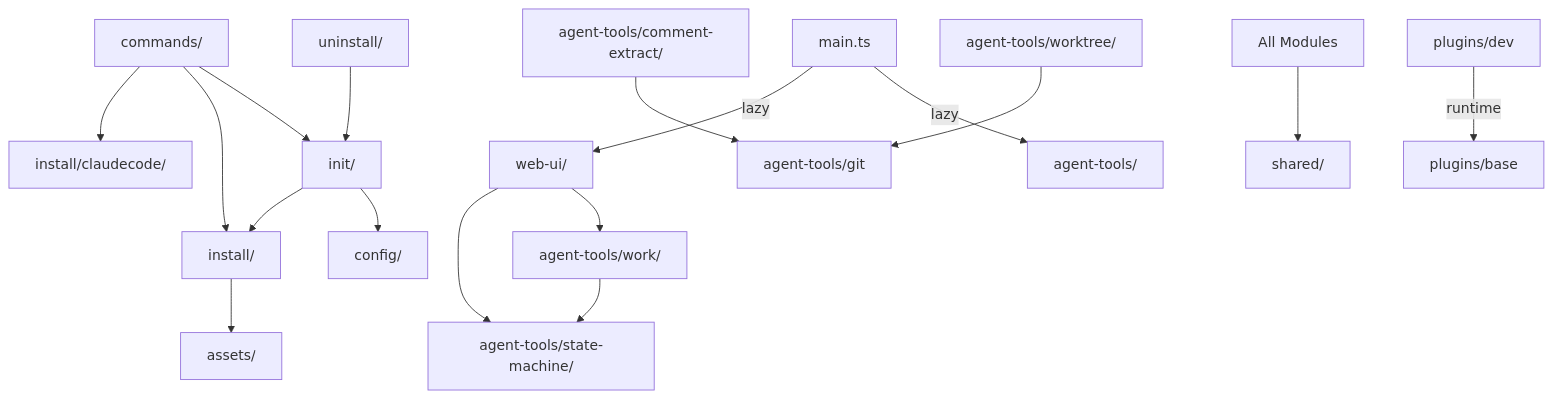
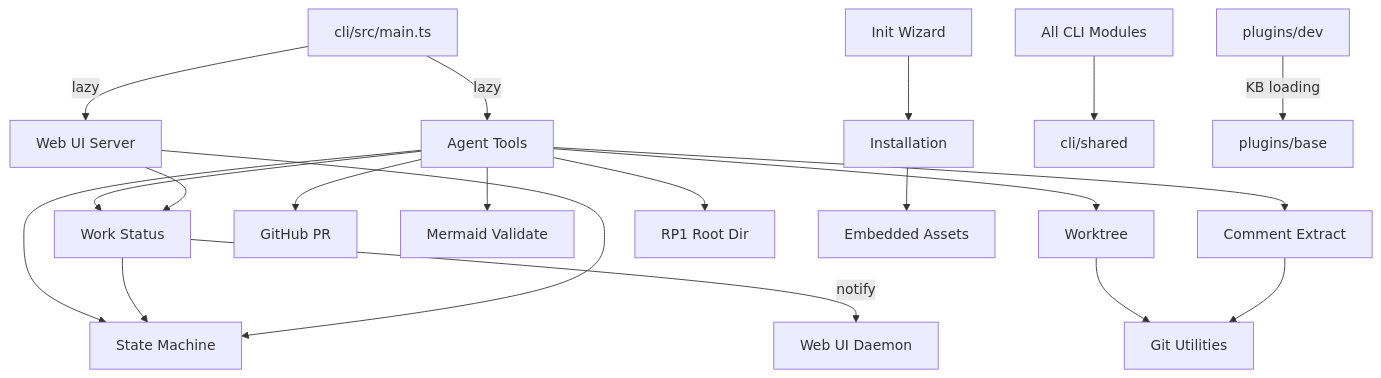
One commit to rp1-run/rp1 changed the diagram in .rp1/context/modules.md. Above: the diagram before and after it, drawn with Mermaid. The commit also changed other lines of this file and 5 other files, not shown here.

````diff
--- a/.rp1/context/modules.md
+++ b/.rp1/context/modules.md
@@ -85,19 +97,22 @@
 ```mermaid
 graph TD
-    Commands[commands/] --> Init[init/]
-    Commands --> Install[install/]
-    Commands --> InstallCC[install/claudecode/]
-    Main[main.ts] -->|lazy| AgentTools[agent-tools/]
-    Main -->|lazy| WebUI[web-ui/]
-    Install --> Assets[assets/]
-    Init --> Config[config/]
-    Init --> Install
-    Uninstall[uninstall/] --> Init
-    WebUI --> Work[agent-tools/work/]
-    WebUI --> StateMachine[agent-tools/state-machine/]
-    Work --> StateMachine
-    Worktree[agent-tools/worktree/] --> Git[agent-tools/git]
-    CommentExtract[agent-tools/comment-extract/] --> Git
-    All[All Modules] --> Shared[shared/]
-    DevPlugin[plugins/dev] -->|runtime| BasePlugin[plugins/base]
+    Main[cli/src/main.ts] -->|lazy| AT[Agent Tools]
+    Main -->|lazy| WebUI[Web UI Server]
+    AT --> Work[Work Status]
+    AT --> WT[Worktree]
+    AT --> SM[State Machine]
+    AT --> PR[GitHub PR]
+    AT --> MMD[Mermaid Validate]
+    AT --> CE[Comment Extract]
+    AT --> RD[RP1 Root Dir]
+    Work --> SM
+    Work -->|notify| Daemon[Web UI Daemon]
+    WebUI --> Work
+    WebUI --> SM
+    WT --> Git[Git Utilities]
+    CE --> Git
+    Init[Init Wizard] --> Install[Installation]
+    Install --> Assets[Embedded Assets]
+    All[All CLI Modules] --> Shared[cli/shared]
+    DevPlugin[plugins/dev] -->|KB loading| BasePlugin[plugins/base]
 ```
````
